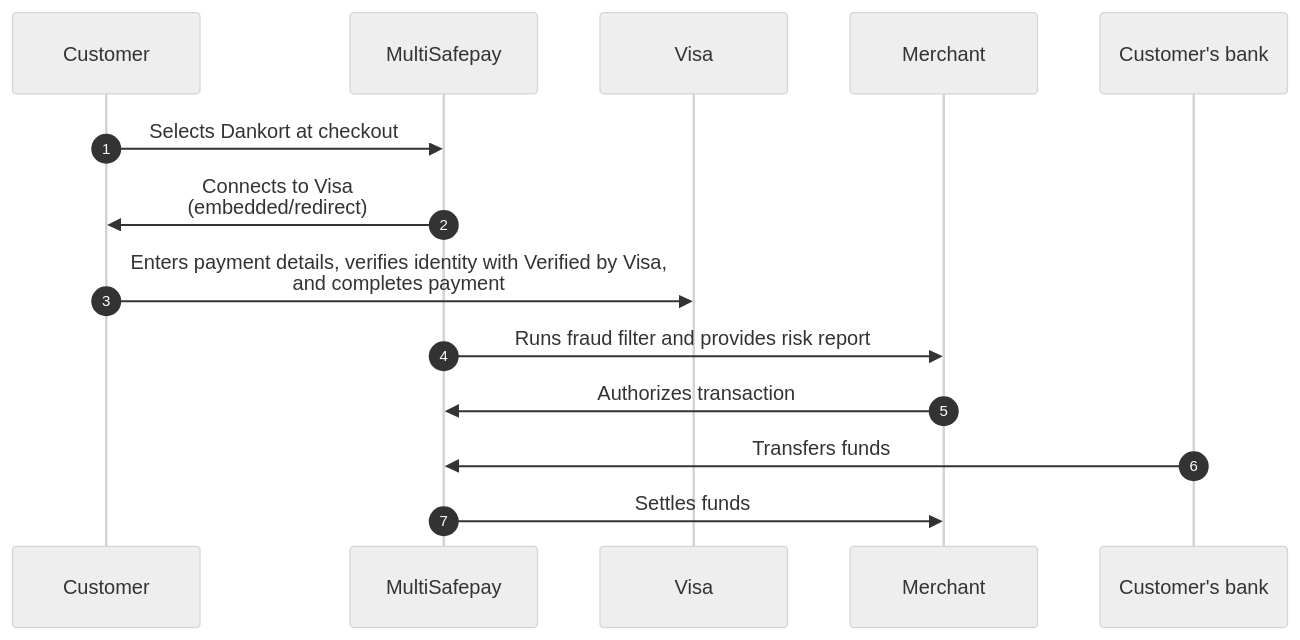
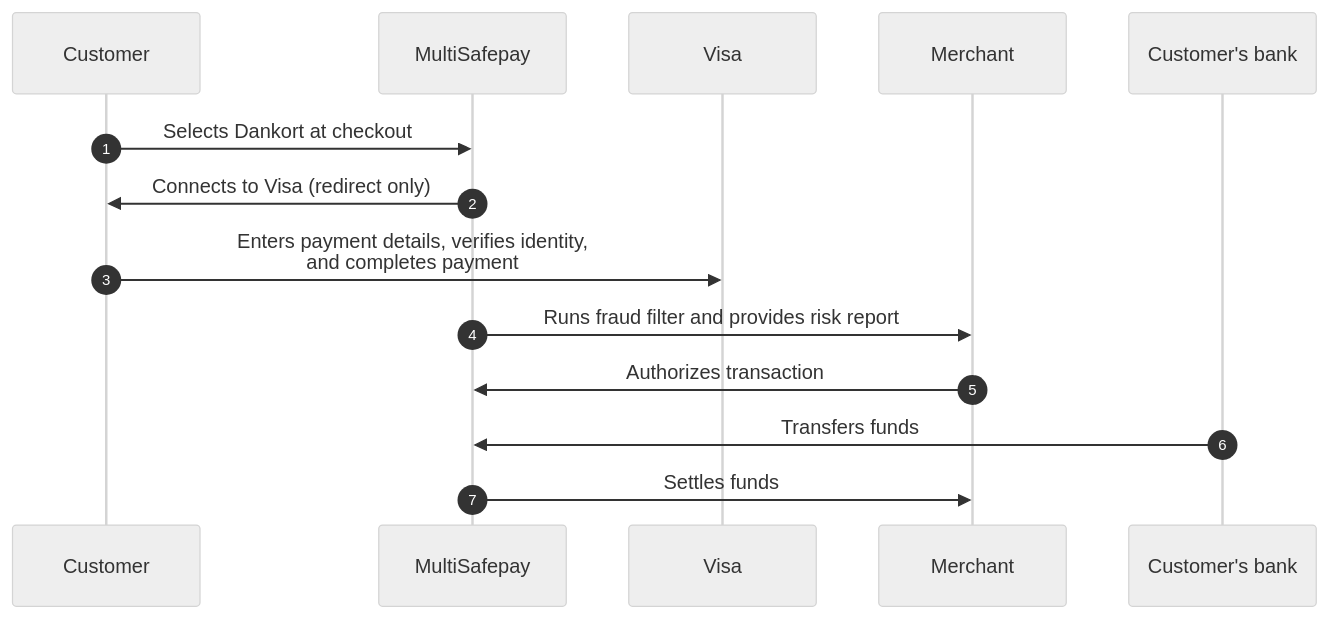
One commit to MultiSafepay/docs changed the diagram in content/payments/methods/credit-and-debit-cards/dankort/payment-flow.md. Above: the diagram before and after it, drawn with Mermaid (neutral theme). The commit also changed other lines of this file and 253 other files, not shown here.

```diff
--- a/content/payments/methods/credit-and-debit-cards/dankort/payment-flow.md
+++ b/content/payments/methods/credit-and-debit-cards/dankort/payment-flow.md
@@ -12,19 +12,19 @@
 {{< mermaid class="text-center" >}}
 
 sequenceDiagram
     autonumber
     participant C as Customer
     participant Mu as MultiSafepay
     participant V as Visa
     participant Me as Merchant
     participant CB as Customer's bank
 
     C->>Mu: Selects Dankort at checkout
-    Mu->>C: Connects to Visa <br> (embedded/redirect)
-    C->>V: Enters payment details, verifies identity with Verified by Visa, <br> and completes payment
+    Mu->>C: Connects to Visa (redirect only)
+    C->>V: Enters payment details, verifies identity, <br> and completes payment
     Mu->>Me: Runs fraud filter and provides risk report
     Me->>Mu: Authorizes transaction
     CB->>Mu: Transfers funds 
     Mu->>Me: Settles funds
 
 {{< /mermaid >}}
```
